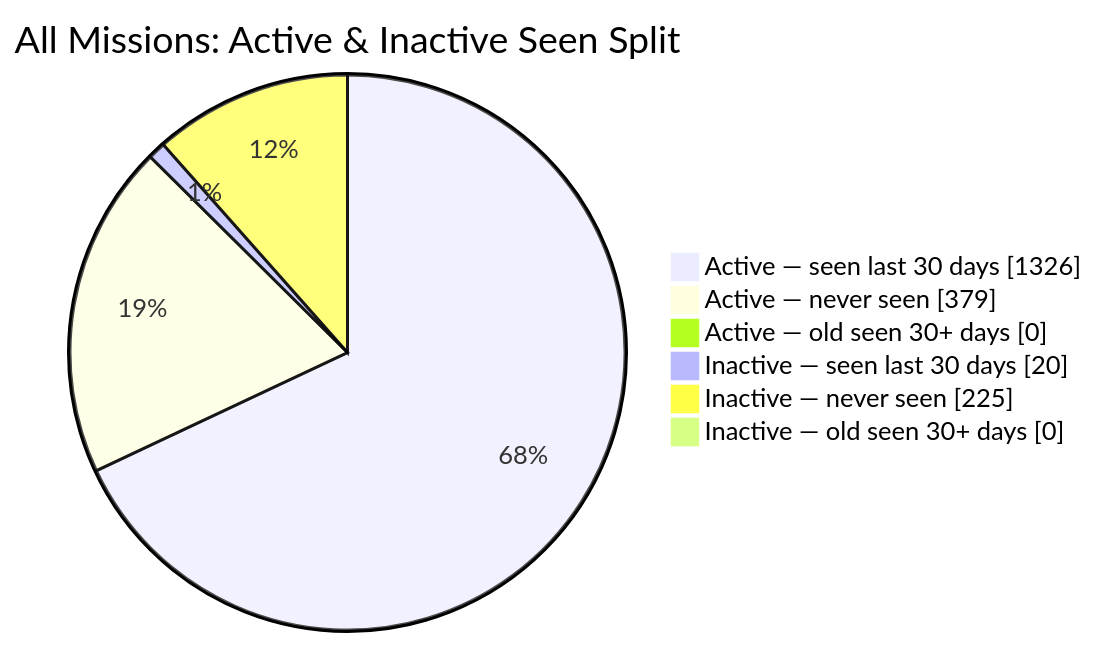
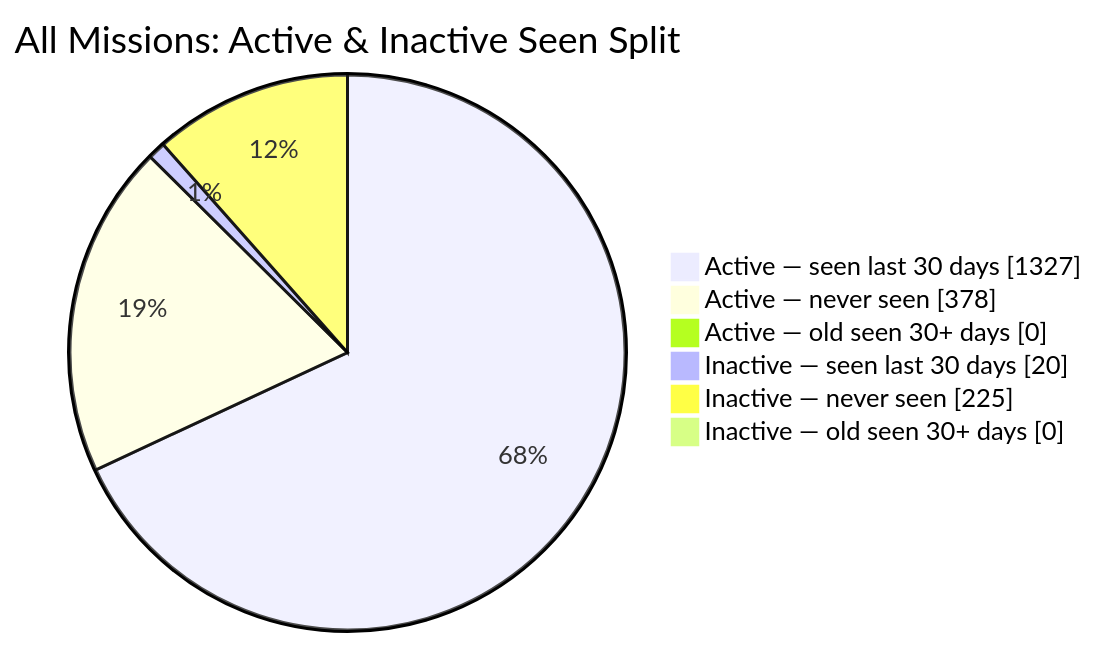
The second of 2 diagrams in README.md (MeldkamerspelGameTeam/active-missions), drawn with Mermaid before and after one commit. The commit also changed other lines of this file and 2 other files, not shown here.

````diff
--- a/README.md
+++ b/README.md
@@ -44,10 +44,10 @@
 ```mermaid
 pie showData
     title All Missions: Active & Inactive Seen Split
-    "Active — seen last 30 days" : 1326
-    "Active — never seen" : 379
+    "Active — seen last 30 days" : 1327
+    "Active — never seen" : 378
     "Active — old seen 30+ days" : 0
     "Inactive — seen last 30 days" : 20
     "Inactive — never seen" : 225
     "Inactive — old seen 30+ days" : 0
 ```
````
